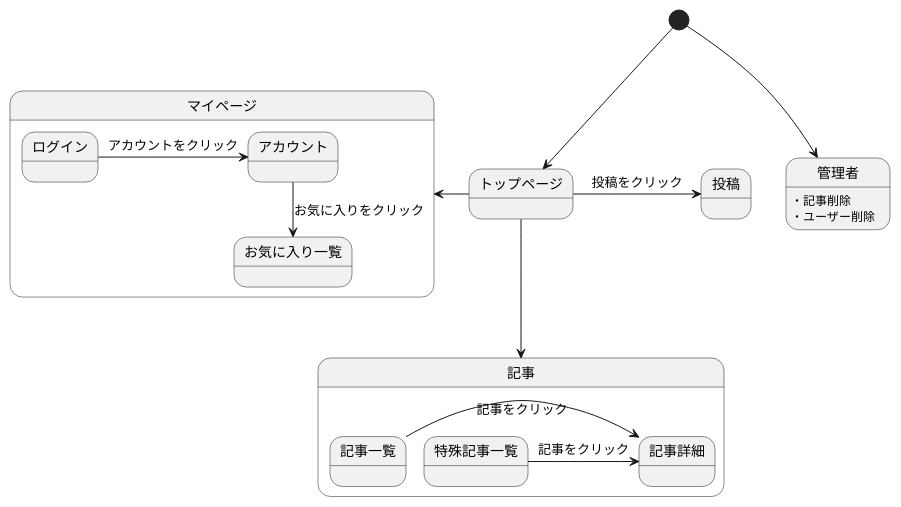
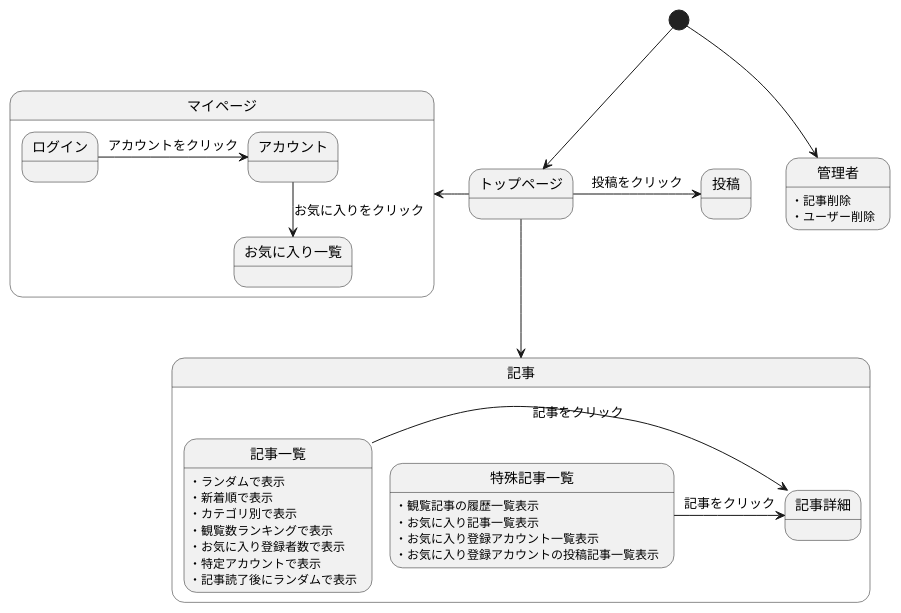
One commit to Aso2001001/2022System changed the diagram in 後期画面遷移.md. Above: the diagram before and after it, drawn with PlantUML.

````diff
--- a/後期画面遷移.md
+++ b/後期画面遷移.md
@@ -1,26 +1,39 @@
 ```uml
 @startuml
 [*] --> トップページ
 
 state 記事{
 記事一覧 -> 記事詳細 : 記事をクリック
 特殊記事一覧 -> 記事詳細 : 記事をクリック
+
+記事一覧:・ランダムで表示
+記事一覧:・新着順で表示
+記事一覧:・カテゴリ別で表示
+記事一覧:・観覧数ランキングで表示
+記事一覧:・お気に入り登録者数で表示
+記事一覧:・特定アカウントで表示
+記事一覧:・記事読了後にランダムで表示
+
+特殊記事一覧:・観覧記事の履歴一覧表示
+特殊記事一覧:・お気に入り記事一覧表示
+特殊記事一覧:・お気に入り登録アカウント一覧表示
+特殊記事一覧:・お気に入り登録アカウントの投稿記事一覧表示
 }
 
 state マイページ{
 ログイン -> アカウント : アカウントをクリック
 アカウント -down-> お気に入り一覧 : お気に入りをクリック
 }
 
 トップページ -down-> 記事
 トップページ -left-> マイページ
 トップページ -> 投稿 : 投稿をクリック
 
 
 [*] --> 管理者
 管理者:・記事削除
 管理者:・ユーザー削除
 
 
 @enduml
 ```
````
